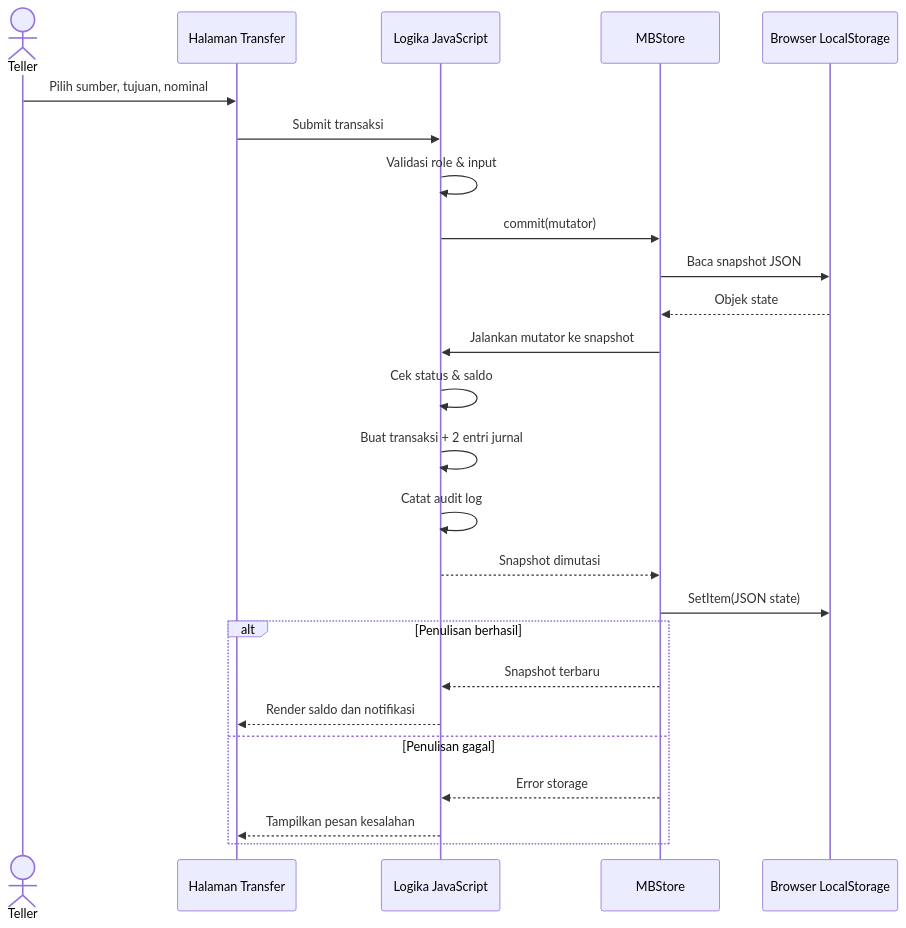
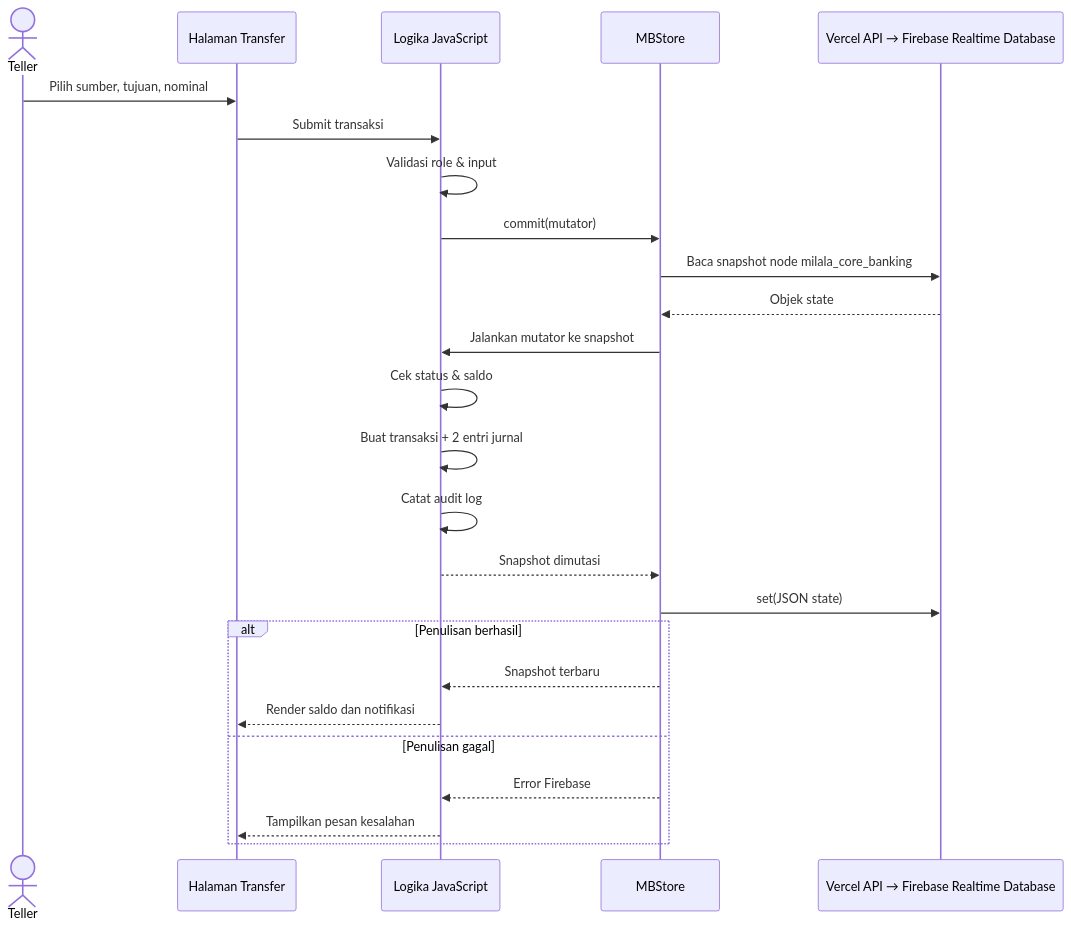
One commit to sembiringluis56-cloud/milala.bank changed the first of 2 diagrams in milala-bank/docs/sequence-diagram.md. Above: the diagram before and after it, drawn with Mermaid. The commit also changed 29 other files, not shown here.

````diff
--- a/milala-bank/docs/sequence-diagram.md
+++ b/milala-bank/docs/sequence-diagram.md
@@ -3,27 +3,27 @@
 ```mermaid
 sequenceDiagram
     actor Teller
     participant UI as Halaman Transfer
     participant App as Logika JavaScript
     participant Store as MBStore
-    participant LS as Browser LocalStorage
+    participant RTDB as Vercel API → Firebase Realtime Database
     Teller->>UI: Pilih sumber, tujuan, nominal
     UI->>App: Submit transaksi
     App->>App: Validasi role & input
     App->>Store: commit(mutator)
-    Store->>LS: Baca snapshot JSON
-    LS-->>Store: Objek state
+    Store->>RTDB: Baca snapshot node milala_core_banking
+    RTDB-->>Store: Objek state
     Store->>App: Jalankan mutator ke snapshot
     App->>App: Cek status & saldo
     App->>App: Buat transaksi + 2 entri jurnal
     App->>App: Catat audit log
     App-->>Store: Snapshot dimutasi
-    Store->>LS: SetItem(JSON state)
+    Store->>RTDB: set(JSON state)
     alt Penulisan berhasil
       Store-->>App: Snapshot terbaru
       App-->>UI: Render saldo dan notifikasi
     else Penulisan gagal
-      Store-->>App: Error storage
+      Store-->>App: Error Firebase
       App-->>UI: Tampilkan pesan kesalahan
     end
 ```
````
